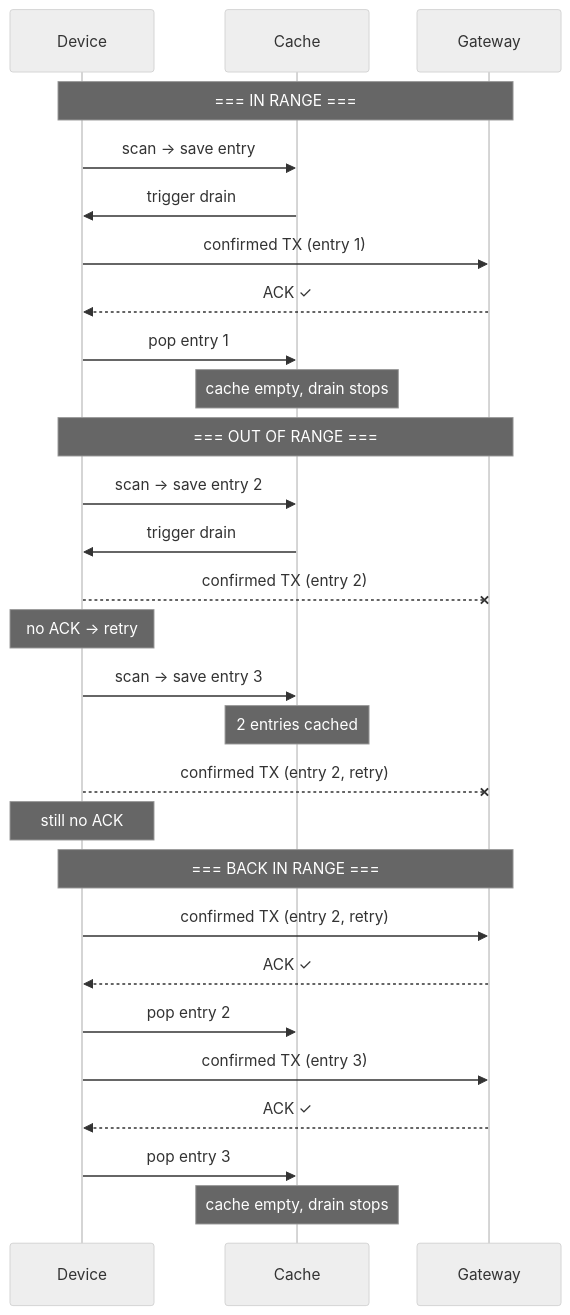
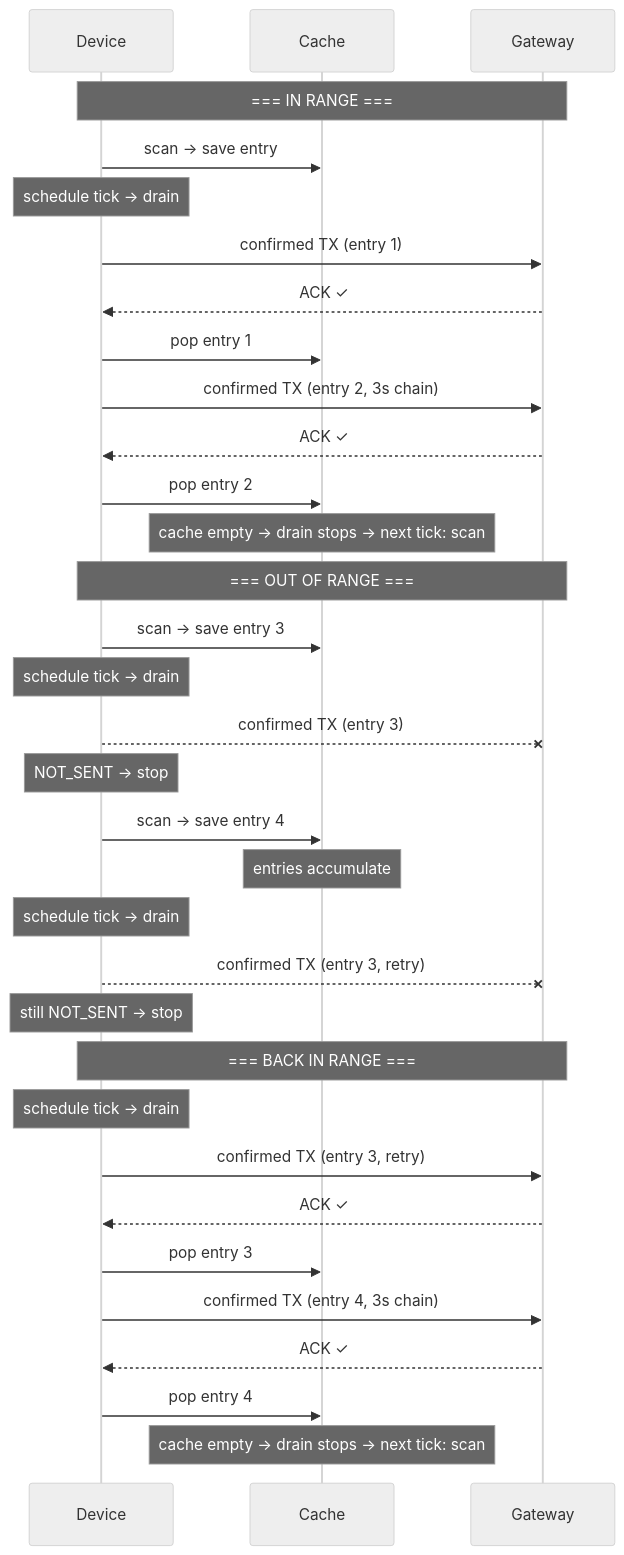
The second of 2 diagrams in README.md (ViVSoftComputers/t1000e-firmware), drawn with Mermaid (neutral theme) before and after one commit. The commit also changed other lines of this file, not shown here.

Commit message:
v24: Update README — new architecture, hybrid drain, ack beep, version table

````diff
--- a/README.md
+++ b/README.md
@@ -136,33 +139,38 @@
 ```mermaid
 sequenceDiagram
     participant D as Device
     participant C as Cache
     participant G as Gateway
 
     Note over D,G: === IN RANGE ===
     D->>C: scan → save entry
-    C->>D: trigger drain
+    Note over D: schedule tick → drain
     D->>G: confirmed TX (entry 1)
     G-->>D: ACK ✓
     D->>C: pop entry 1
-    Note over C: cache empty, drain stops
+    D->>G: confirmed TX (entry 2, 3s chain)
+    G-->>D: ACK ✓
+    D->>C: pop entry 2
+    Note over C: cache empty → drain stops → next tick: scan
 
     Note over D,G: === OUT OF RANGE ===
-    D->>C: scan → save entry 2
-    C->>D: trigger drain
-    D--xG: confirmed TX (entry 2)
-    Note over D: no ACK → retry
     D->>C: scan → save entry 3
-    Note over C: 2 entries cached
-    D--xG: confirmed TX (entry 2, retry)
-    Note over D: still no ACK
+    Note over D: schedule tick → drain
+    D--xG: confirmed TX (entry 3)
+    Note over D: NOT_SENT → stop
+    D->>C: scan → save entry 4
+    Note over C: entries accumulate
+    Note over D: schedule tick → drain
+    D--xG: confirmed TX (entry 3, retry)
+    Note over D: still NOT_SENT → stop
 
     Note over D,G: === BACK IN RANGE ===
-    D->>G: confirmed TX (entry 2, retry)
-    G-->>D: ACK ✓
-    D->>C: pop entry 2
-    D->>G: confirmed TX (entry 3)
+    Note over D: schedule tick → drain
+    D->>G: confirmed TX (entry 3, retry)
     G-->>D: ACK ✓
     D->>C: pop entry 3
-    Note over C: cache empty, drain stops
+    D->>G: confirmed TX (entry 4, 3s chain)
+    G-->>D: ACK ✓
+    D->>C: pop entry 4
+    Note over C: cache empty → drain stops → next tick: scan
 ```
````
